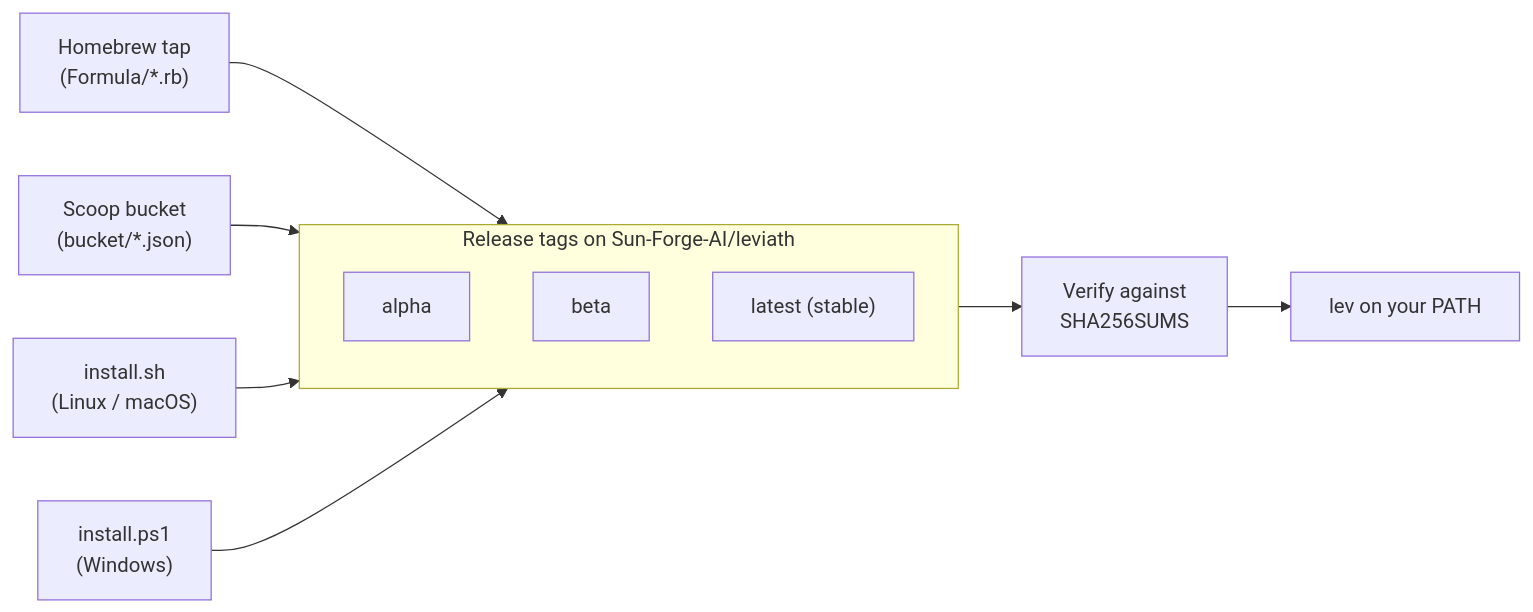
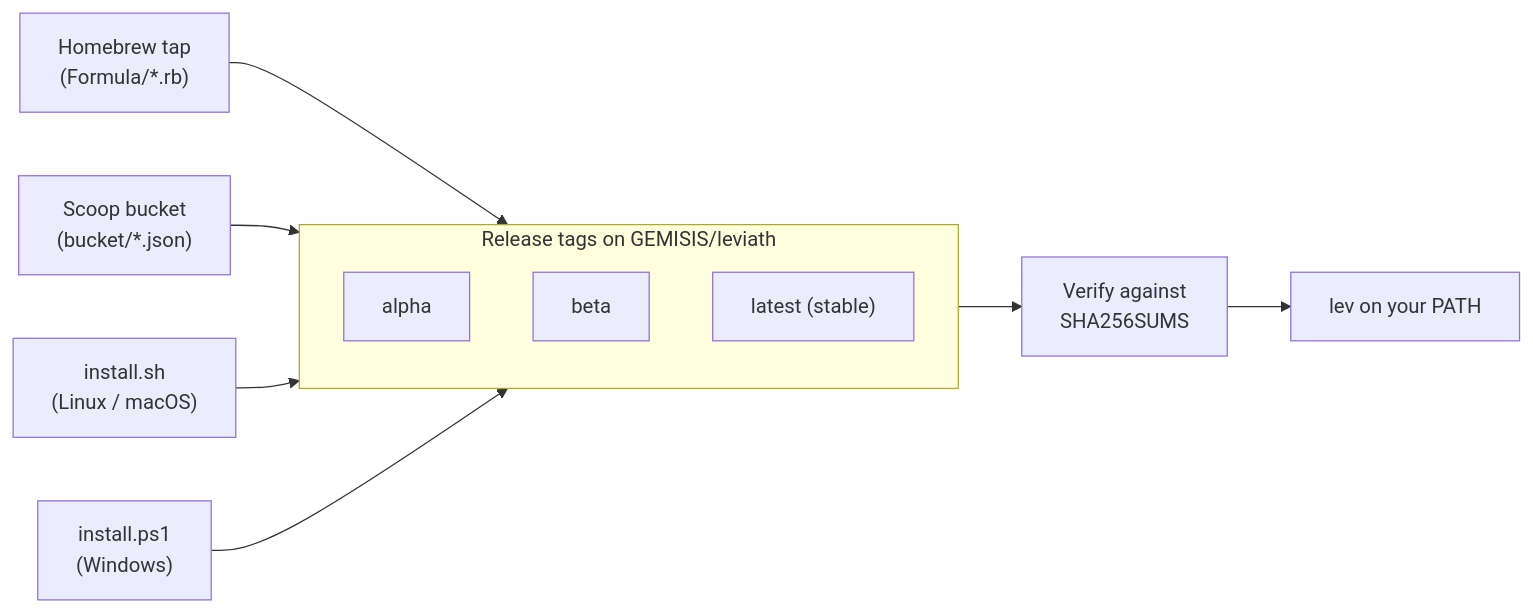
The diagram in README.md (GEMISIS/leviath-dist), drawn with Mermaid before and after one commit. The commit also changed other lines of this file and 11 other files, not shown here.

First line of the commit message:
chore: point release and tap URLs at github.com/GEMISIS (#3)

````diff
--- a/README.md
+++ b/README.md
@@ -41,14 +41,14 @@
 ```mermaid
 flowchart LR
     BREW["Homebrew tap<br/>(Formula/*.rb)"] --> TAGS
     SCOOP["Scoop bucket<br/>(bucket/*.json)"] --> TAGS
     SH["install.sh<br/>(Linux / macOS)"] --> TAGS
     PS["install.ps1<br/>(Windows)"] --> TAGS
-    subgraph TAGS["Release tags on Sun-Forge-AI/leviath"]
+    subgraph TAGS["Release tags on GEMISIS/leviath"]
         A["alpha"]
         B["beta"]
         S["latest (stable)"]
     end
     TAGS --> V["Verify against<br/>SHA256SUMS"]
     V --> BIN["lev on your PATH"]
 ```
````
